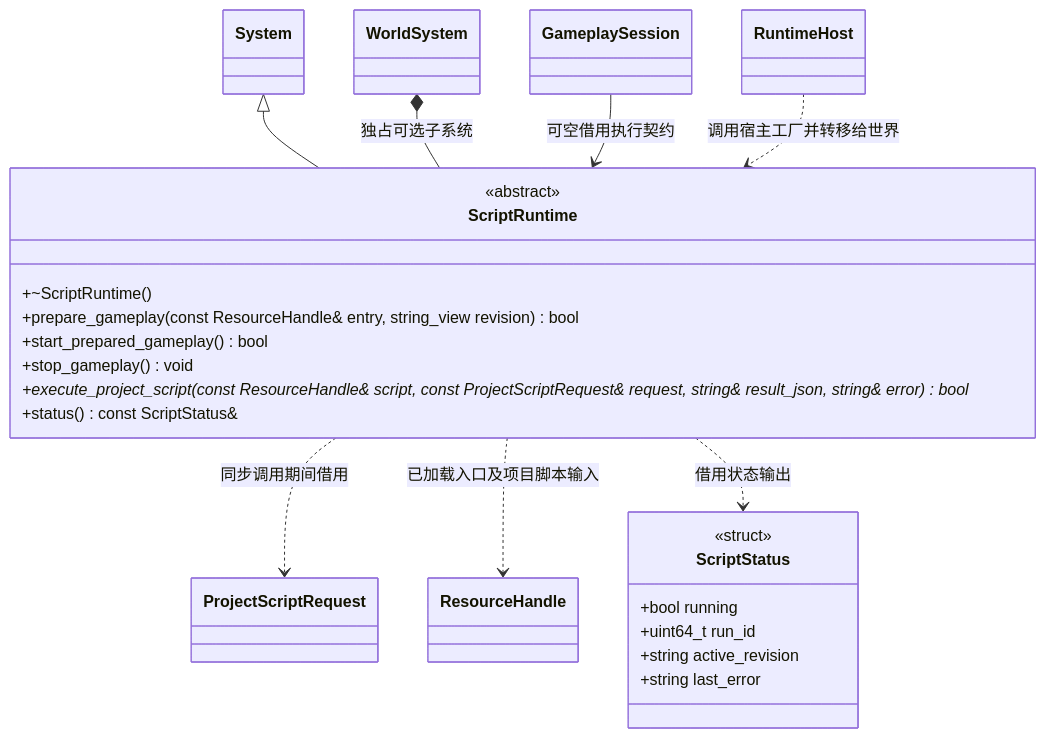
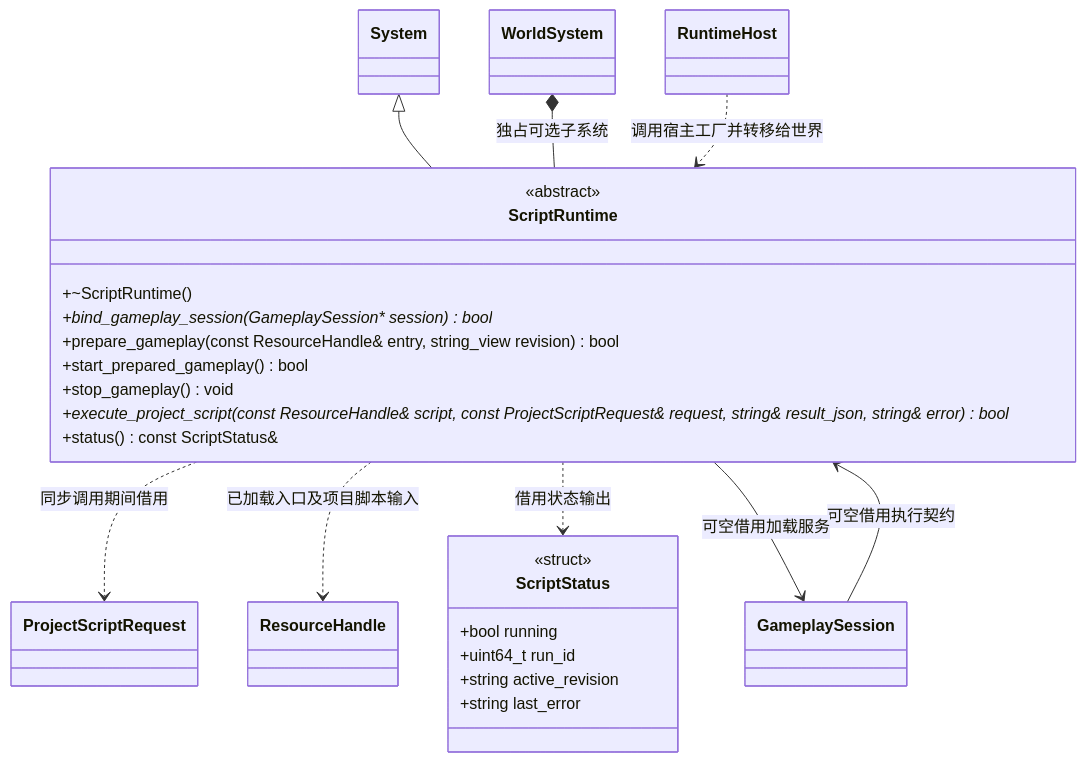
One commit to lcals/Engine changed the diagram in docs/runtime/class-diagrams/script-runtime.md. Above: the diagram before and after it, drawn with Mermaid. The commit also changed other lines of this file and 25 other files, not shown here.

Commit message:
Document scoped scene loading and optional runtime MCP architecture

````diff
--- a/docs/runtime/class-diagrams/script-runtime.md
+++ b/docs/runtime/class-diagrams/script-runtime.md
@@ -7,32 +9,34 @@
 ```mermaid
 classDiagram
     class ProjectScriptRequest
     ScriptRuntime ..> ProjectScriptRequest : 同步调用期间借用
     class ScriptRuntime {
         <<abstract>>
         +~ScriptRuntime()
+        +bind_gameplay_session(GameplaySession#42; session) bool*
         +prepare_gameplay(const ResourceHandle& entry, string_view revision) bool
         +start_prepared_gameplay() bool
         +stop_gameplay() void
         +execute_project_script(const ResourceHandle& script, const ProjectScriptRequest& request, string& result_json, string& error) bool*
         +status() const ScriptStatus&
     }
     class ScriptStatus {
         <<struct>>
         +bool running
         +uint64_t run_id
         +string active_revision
         +string last_error
     }
     class System
     class ResourceHandle
     class GameplaySession
     class RuntimeHost
     class WorldSystem
     System <|-- ScriptRuntime
     WorldSystem *-- ScriptRuntime : 独占可选子系统
     GameplaySession --> ScriptRuntime : 可空借用执行契约
     RuntimeHost ..> ScriptRuntime : 调用宿主工厂并转移给世界
     ScriptRuntime ..> ResourceHandle : 已加载入口及项目脚本输入
     ScriptRuntime ..> ScriptStatus : 借用状态输出
+    ScriptRuntime --> GameplaySession : 可空借用加载服务
 ```
````
